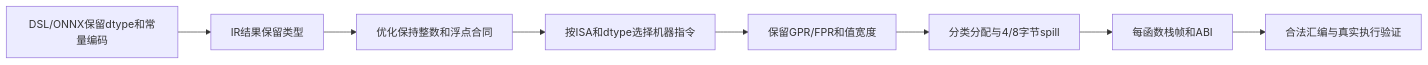
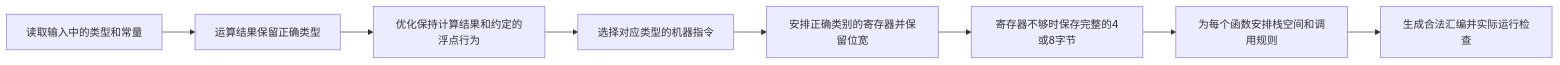
Before and after one commit to ForsakenDelusion/ScratchV: the diagram in docs/topics/28-扩展指令选择/28-代码Review报告-2026-10-12.md, drawn with Mermaid. The commit also changed other lines of this file, not shown here.

````diff
--- a/docs/topics/28-扩展指令选择/28-代码Review报告-2026-10-12.md
+++ b/docs/topics/28-扩展指令选择/28-代码Review报告-2026-10-12.md
@@ -270,10 +355,10 @@
 ```mermaid
 flowchart LR
-    A[DSL/ONNX保留dtype和常量编码] --> B[IR结果保留类型]
-    B --> C[优化保持整数和浮点合同]
-    C --> D[按ISA和dtype选择机器指令]
-    D --> E[保留GPR/FPR和值宽度]
-    E --> F[分类分配与4/8字节spill]
-    F --> G[每函数栈帧和ABI]
-    G --> H[合法汇编与真实执行验证]
+    A[读取输入中的类型和常量] --> B[运算结果保留正确类型]
+    B --> C[优化保持计算结果和约定的浮点行为]
+    C --> D[选择对应类型的机器指令]
+    D --> E[安排正确类别的寄存器并保留位宽]
+    E --> F[寄存器不够时保存完整的4或8字节]
+    F --> G[为每个函数安排栈空间和调用规则]
+    G --> H[生成合法汇编并实际运行检查]
 ```
````
